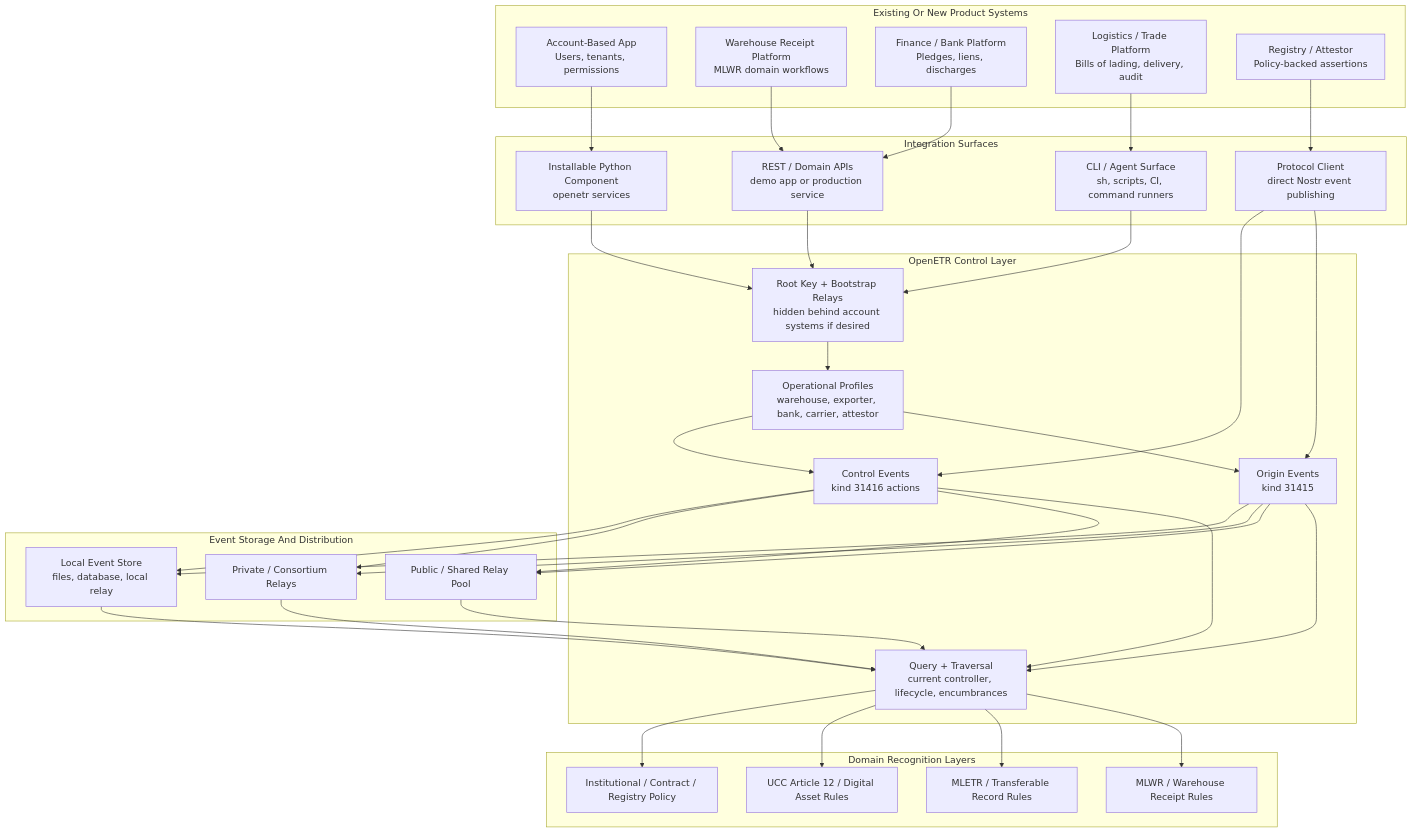
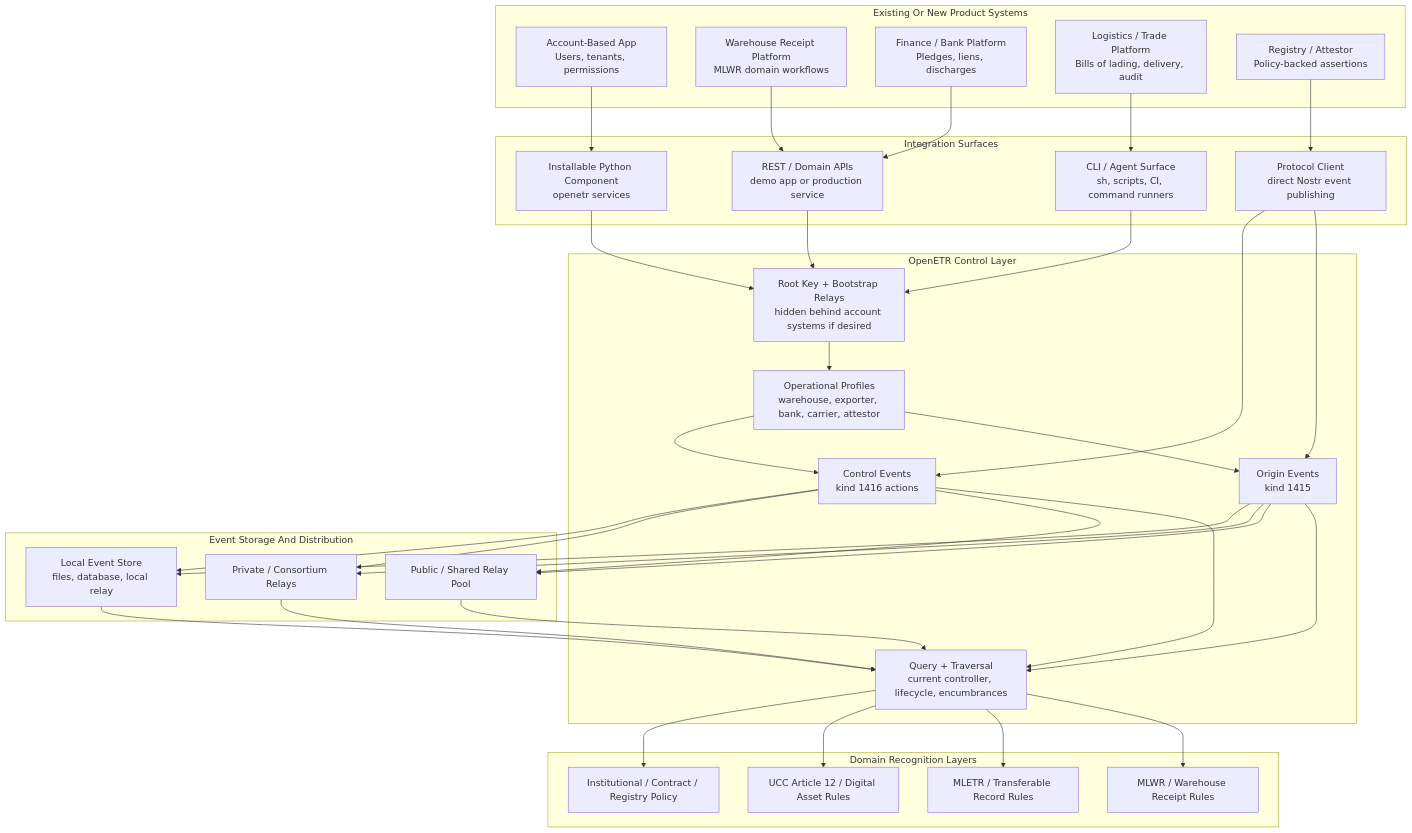
Before and after one commit to trbouma/openetr: the diagram in docs/specs/SYSTEM_INTEGRATION_CONSIDERATIONS.md, drawn with Mermaid. The commit also changed other lines of this file, not shown here.

````diff
--- a/docs/specs/SYSTEM_INTEGRATION_CONSIDERATIONS.md
+++ b/docs/specs/SYSTEM_INTEGRATION_CONSIDERATIONS.md
@@ -750,72 +750,72 @@
 ```mermaid
 flowchart TB
   subgraph Products["Existing Or New Product Systems"]
     AccountApp["Account-Based App<br/>Users, tenants, permissions"]
     WarehouseApp["Warehouse Receipt Platform<br/>MLWR domain workflows"]
     FinanceApp["Finance / Bank Platform<br/>Pledges, liens, discharges"]
     LogisticsApp["Logistics / Trade Platform<br/>Bills of lading, delivery, audit"]
     RegistryApp["Registry / Attestor<br/>Policy-backed assertions"]
   end
 
   subgraph Integration["Integration Surfaces"]
     PythonComponent["Installable Python Component<br/>openetr services"]
     CLI["CLI / Agent Surface<br/>sh, scripts, CI, command runners"]
     RestService["REST / Domain APIs<br/>demo app or production service"]
     ProtocolClient["Protocol Client<br/>direct Nostr event publishing"]
   end
 
   subgraph OpenETR["OpenETR Control Layer"]
     Bootstrap["Root Key + Bootstrap Relays<br/>hidden behind account systems if desired"]
     Profiles["Operational Profiles<br/>warehouse, exporter, bank, carrier, attestor"]
-    Origin["Origin Events<br/>kind 31415"]
-    Control["Control Events<br/>kind 31416 actions"]
+    Origin["Origin Events<br/>kind 1415"]
+    Control["Control Events<br/>kind 1416 actions"]
     Query["Query + Traversal<br/>current controller, lifecycle, encumbrances"]
   end
 
   subgraph Stores["Event Storage And Distribution"]
     PublicRelays["Public / Shared Relay Pool"]
     PrivateRelays["Private / Consortium Relays"]
     LocalStore["Local Event Store<br/>files, database, local relay"]
   end
 
   subgraph Recognition["Domain Recognition Layers"]
     MLWR["MLWR / Warehouse Receipt Rules"]
     MLETR["MLETR / Transferable Record Rules"]
     UCC12["UCC Article 12 / Digital Asset Rules"]
     Policy["Institutional / Contract / Registry Policy"]
   end
 
   AccountApp --> PythonComponent
   WarehouseApp --> RestService
   FinanceApp --> RestService
   LogisticsApp --> CLI
   RegistryApp --> ProtocolClient
 
   PythonComponent --> Bootstrap
   CLI --> Bootstrap
   RestService --> Bootstrap
   ProtocolClient --> Origin
   ProtocolClient --> Control
 
   Bootstrap --> Profiles
   Profiles --> Origin
   Profiles --> Control
   Origin --> Query
   Control --> Query
 
   Origin --> PublicRelays
   Control --> PublicRelays
   Origin --> PrivateRelays
   Control --> PrivateRelays
   Origin --> LocalStore
   Control --> LocalStore
 
   PublicRelays --> Query
   PrivateRelays --> Query
   LocalStore --> Query
 
   Query --> MLWR
   Query --> MLETR
   Query --> UCC12
   Query --> Policy
 ```
````
